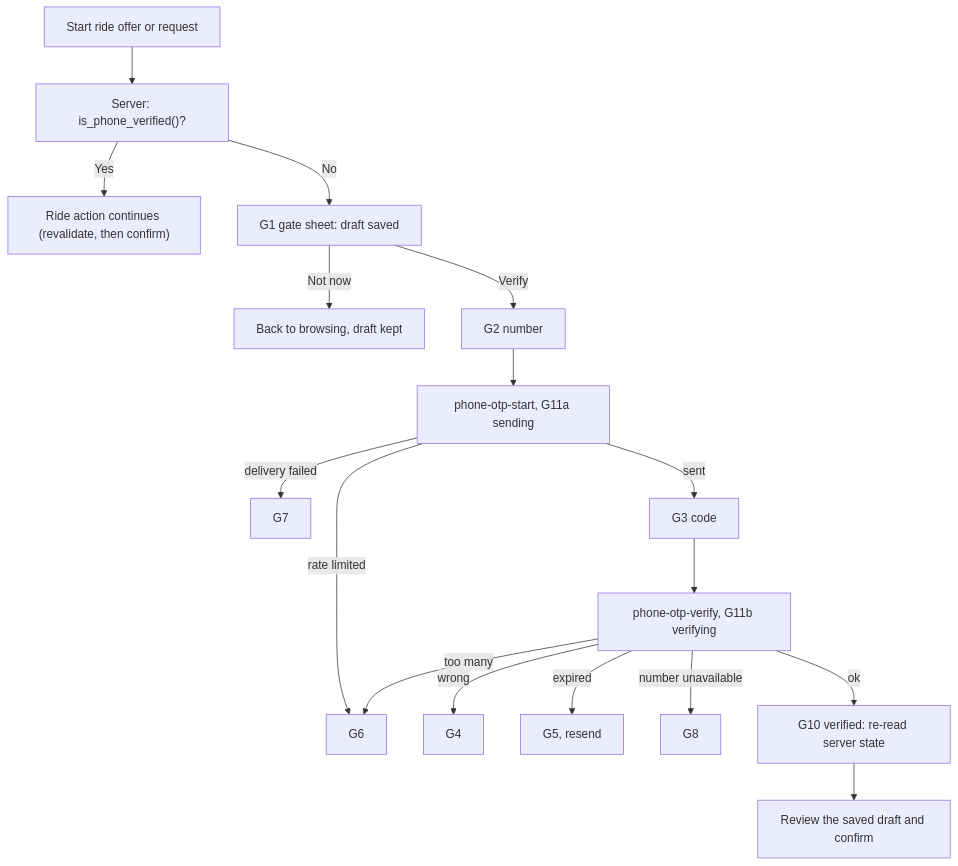
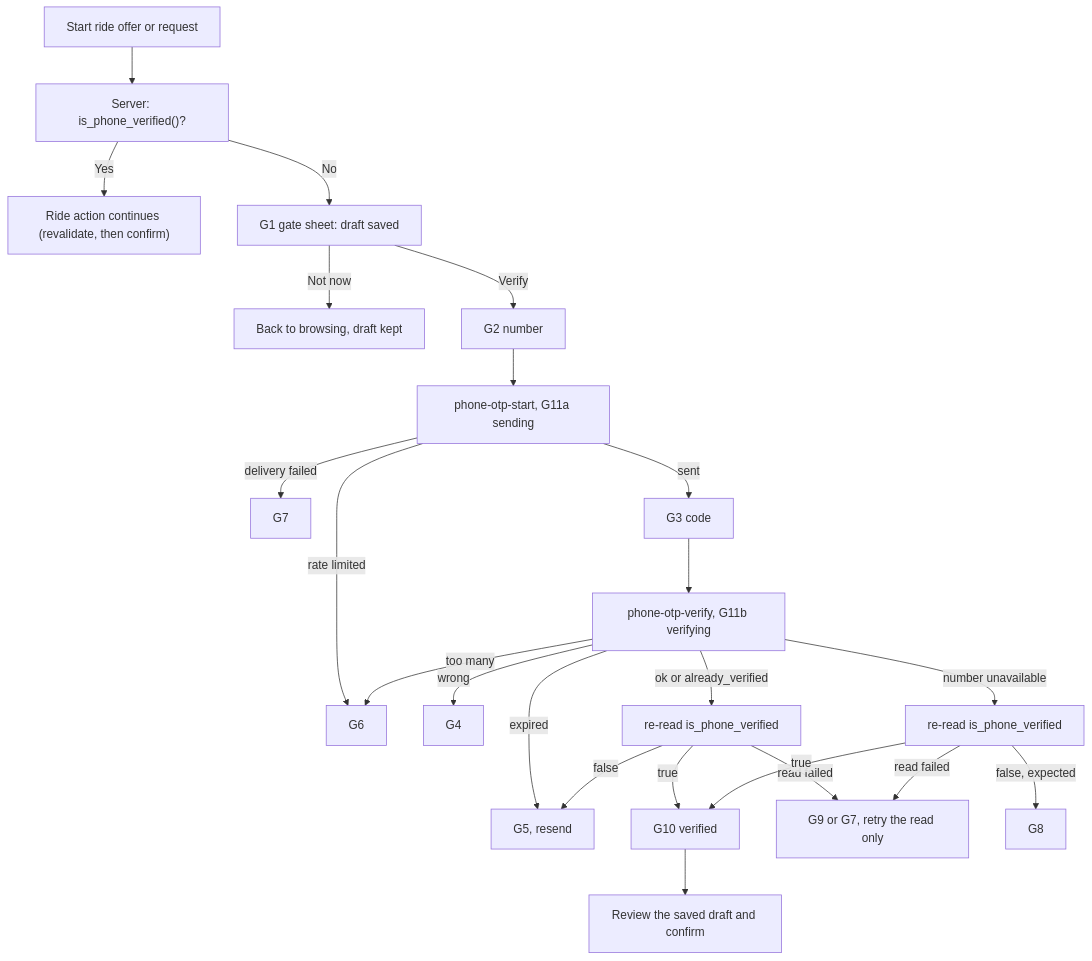
The diagram in docs/superpowers/specs/2026-10-26-TAW-5-design.md (BCMHub/Tawsila), drawn with Mermaid before and after one commit. The commit also changed other lines of this file, not shown here.

Commit message:
TAW-5 Repair spec after gate round 10 (diagram and error table follow the verify contract)

````diff
--- a/docs/superpowers/specs/2026-10-26-TAW-5-design.md
+++ b/docs/superpowers/specs/2026-10-26-TAW-5-design.md
@@ -26,19 +26,25 @@
 ```mermaid
 flowchart TD
     A["Start ride offer or request"] --> B["Server: is_phone_verified()?"]
     B -->|Yes| Z["Ride action continues (revalidate, then confirm)"]
     B -->|No| C["G1 gate sheet: draft saved"]
     C -->|Not now| A0["Back to browsing, draft kept"]
     C -->|Verify| D["G2 number"]
     D --> E["phone-otp-start, G11a sending"]
     E -->|delivery failed| F["G7"]
     E -->|rate limited| G["G6"]
     E -->|sent| I["G3 code"]
     I --> J["phone-otp-verify, G11b verifying"]
     J -->|wrong| K["G4"]
     J -->|expired| L["G5, resend"]
     J -->|too many| G
-    J -->|number unavailable| H["G8"]
-    J -->|ok| M["G10 verified: re-read server state"]
+    J -->|ok or already_verified| R["re-read is_phone_verified"]
+    J -->|number unavailable| U["re-read is_phone_verified"]
+    R -->|true| M["G10 verified"]
+    R -->|false| L
+    R -->|read failed| O["G9 or G7, retry the read only"]
+    U -->|false, expected| H["G8"]
+    U -->|true| M
+    U -->|read failed| O
     M --> N["Review the saved draft and confirm"]
 ```
````
